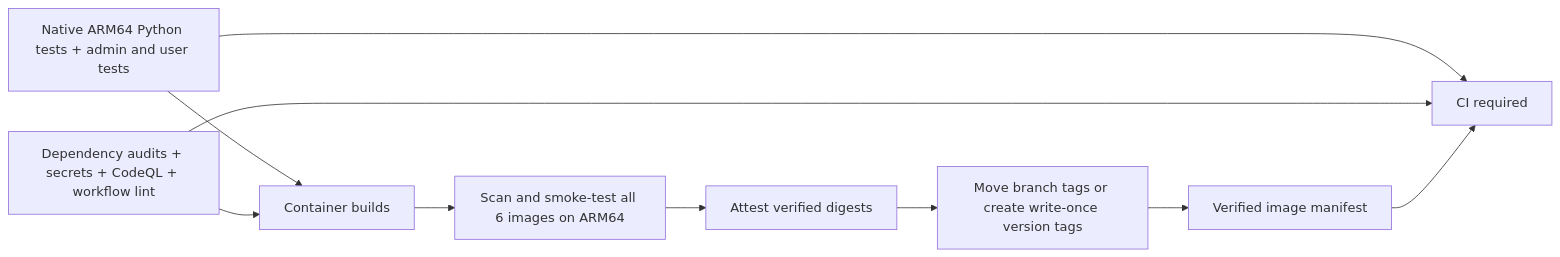
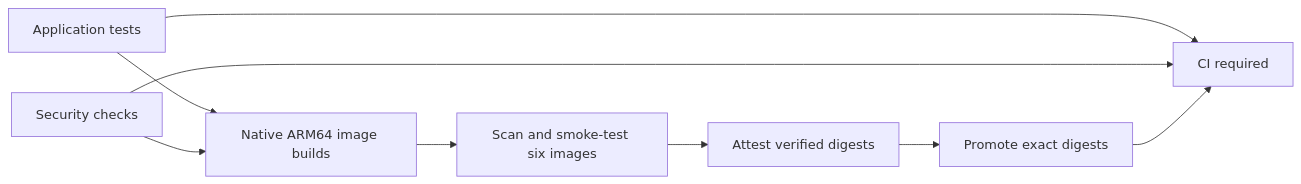
The diagram in docs/ci.md (abhi1693/devfeed.tech), drawn with Mermaid before and after one commit. The commit also changed other lines of this file and 11 other files, not shown here.

````diff
--- a/docs/ci.md
+++ b/docs/ci.md
@@ -7,12 +8,11 @@
 ```mermaid
 flowchart LR
-  T[Native ARM64 Python tests + admin and user tests] --> B[Container builds]
-  S[Dependency audits + secrets + CodeQL + workflow lint] --> B
-  B --> V[Scan and smoke-test all 6 images on ARM64]
+  T[Application tests] --> B[Native ARM64 image builds]
+  S[Security checks] --> B
+  B --> V[Scan and smoke-test six images]
   V --> A[Attest verified digests]
-  A --> P[Move branch tags or create write-once version tags]
-  P --> M[Verified image manifest]
+  A --> P[Promote exact digests]
   T --> R[CI required]
   S --> R
-  M --> R
+  P --> R
 ```
````
